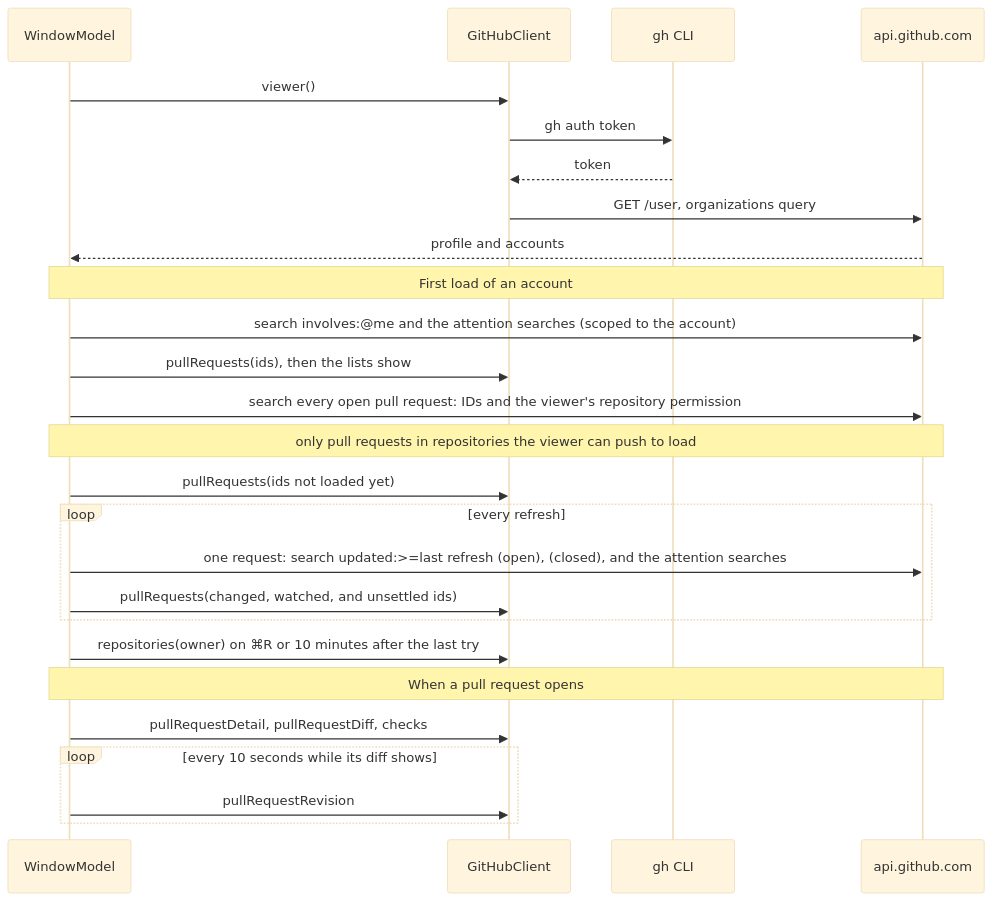
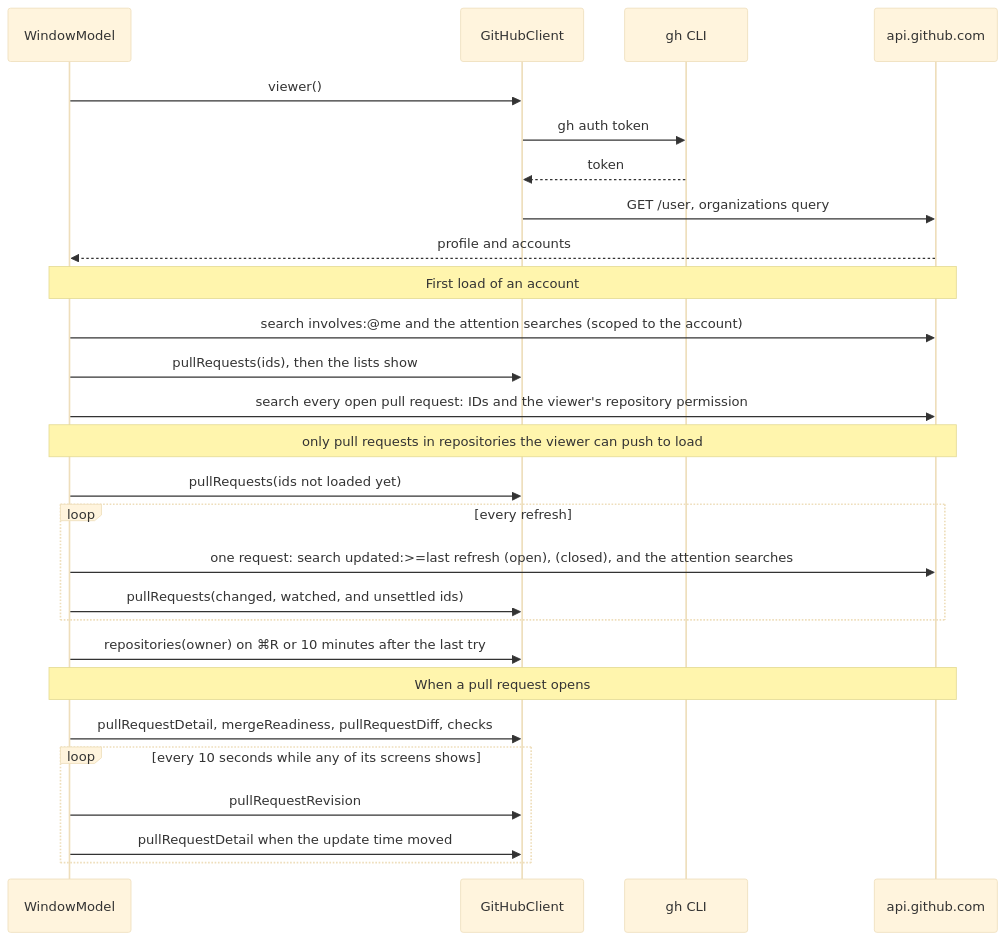
The diagram in plans/github.md (bojanrajkovic/hermes), drawn with Mermaid (base theme) before and after one commit. The commit also changed 19 other files, not shown here.

First line of the commit message:
Move pull request detail into the store (#97)

````diff
--- a/plans/github.md
+++ b/plans/github.md
@@ -41,32 +41,33 @@
 ```mermaid
 sequenceDiagram
     participant App as WindowModel
     participant C as GitHubClient
     participant gh as gh CLI
     participant API as api.github.com
 
     App->>C: viewer()
     C->>gh: gh auth token
     gh-->>C: token
     C->>API: GET /user, organizations query
     API-->>App: profile and accounts
 
     Note over App,API: First load of an account
     App->>API: search involves:@me and the attention searches (scoped to the account)
     App->>C: pullRequests(ids), then the lists show
     App->>API: search every open pull request: IDs and the viewer's repository permission
     Note over App,API: only pull requests in repositories the viewer can push to load
     App->>C: pullRequests(ids not loaded yet)
 
     loop every refresh
         App->>API: one request: search updated:>=last refresh (open), (closed), and the attention searches
         App->>C: pullRequests(changed, watched, and unsettled ids)
     end
     App->>C: repositories(owner) on ⌘R or 10 minutes after the last try
 
     Note over App,API: When a pull request opens
-    App->>C: pullRequestDetail, pullRequestDiff, checks
-    loop every 10 seconds while its diff shows
+    App->>C: pullRequestDetail, mergeReadiness, pullRequestDiff, checks
+    loop every 10 seconds while any of its screens shows
         App->>C: pullRequestRevision
+        App->>C: pullRequestDetail when the update time moved
     end
 ```
````
